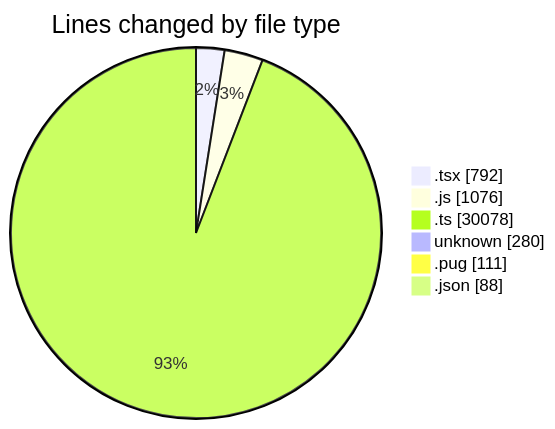
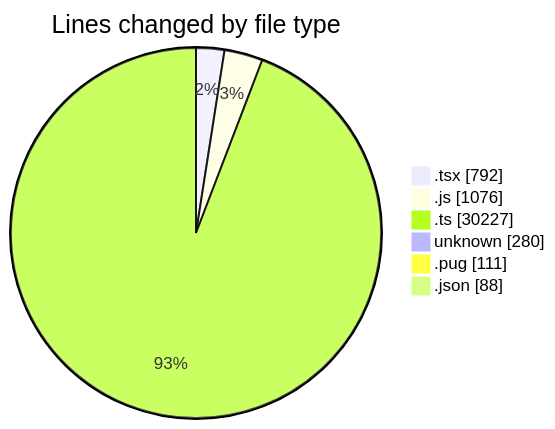
The first of 2 diagrams in 2026-06-03/cda/README.md (momahboobian/code-tracking), drawn with Mermaid before and after one commit. The commit also changed other lines of this file and 1 other file, not shown here.

````diff
--- a/2026-06-03/cda/README.md
+++ b/2026-06-03/cda/README.md
@@ -44,10 +45,10 @@
 ```mermaid
 pie showData
 title Lines changed by file type
 ".tsx" : 792
 ".js" : 1076
-".ts" : 30078
+".ts" : 30227
 "unknown" : 280
 ".pug" : 111
 ".json" : 88
 ```
````
